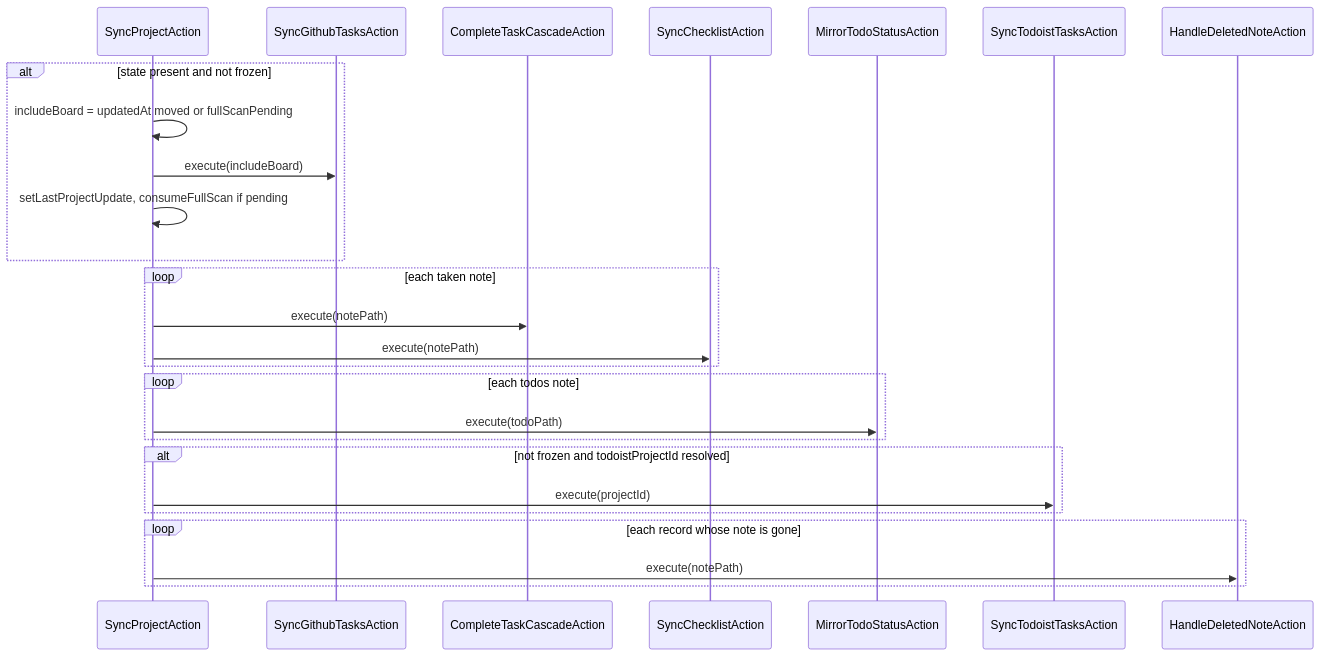
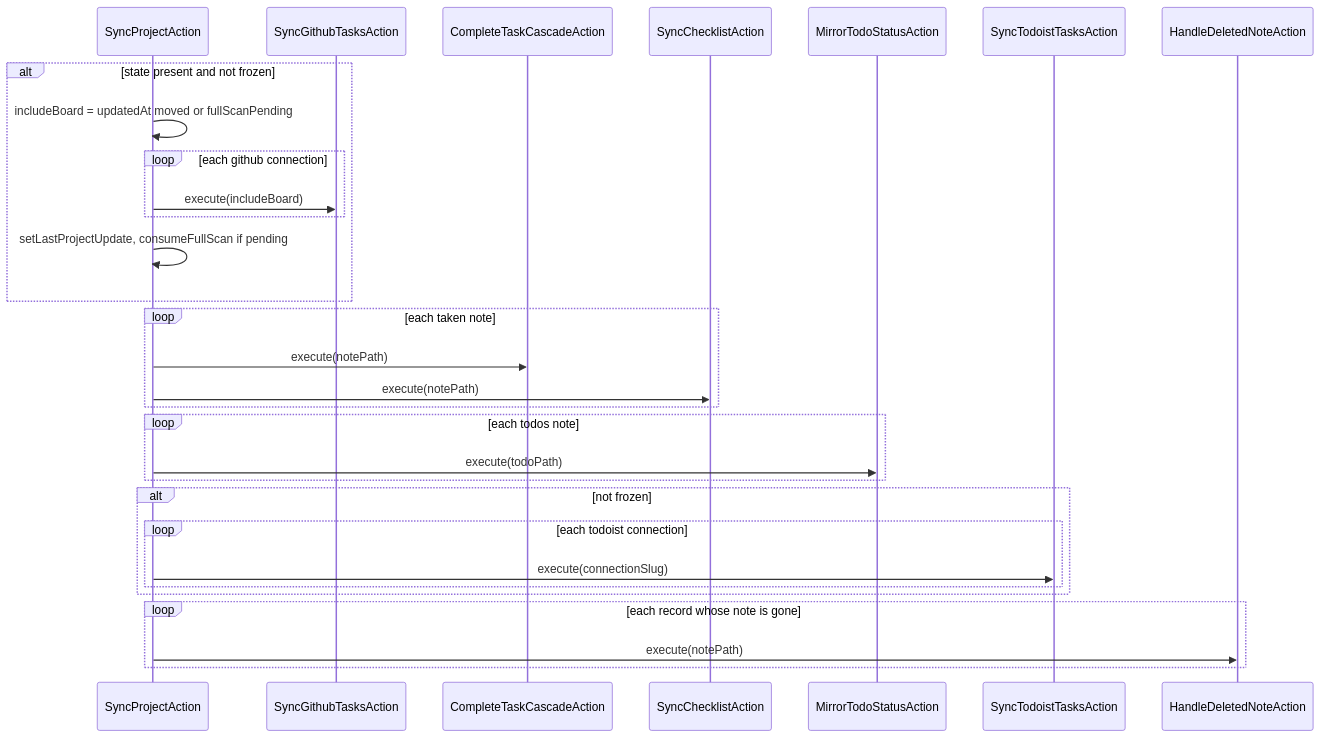
The third of 25 diagrams in docs/developer-manual.md (99linesofcode/obsidian-project-management), drawn with Mermaid before and after one commit. The commit also changed other lines of this file and 52 other files, not shown here.

````diff
--- a/docs/developer-manual.md
+++ b/docs/developer-manual.md
@@ -217,29 +214,33 @@
 ```mermaid
 sequenceDiagram
   participant SP as SyncProjectAction
   participant GH as SyncGithubTasksAction
   participant Cas as CompleteTaskCascadeAction
   participant Chk as SyncChecklistAction
   participant Mir as MirrorTodoStatusAction
   participant TD as SyncTodoistTasksAction
   participant Del as HandleDeletedNoteAction
 
   alt state present and not frozen
     SP->>SP: includeBoard = updatedAt moved or fullScanPending
-    SP->>GH: execute(includeBoard)
+    loop each github connection
+      SP->>GH: execute(includeBoard)
+    end
     SP->>SP: setLastProjectUpdate, consumeFullScan if pending
   end
   loop each taken note
     SP->>Cas: execute(notePath)
     SP->>Chk: execute(notePath)
   end
   loop each todos note
     SP->>Mir: execute(todoPath)
   end
-  alt not frozen and todoistProjectId resolved
-    SP->>TD: execute(projectId)
+  alt not frozen
+    loop each todoist connection
+      SP->>TD: execute(connectionSlug)
+    end
   end
   loop each record whose note is gone
     SP->>Del: execute(notePath)
   end
 ```
````
